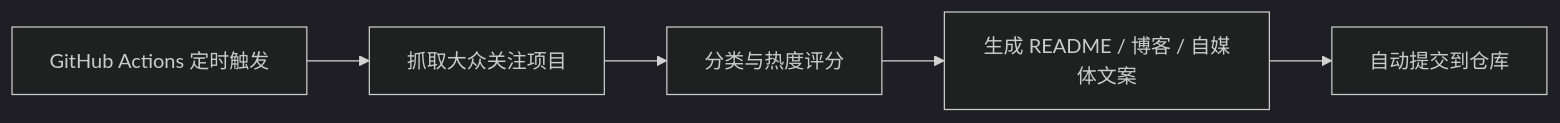
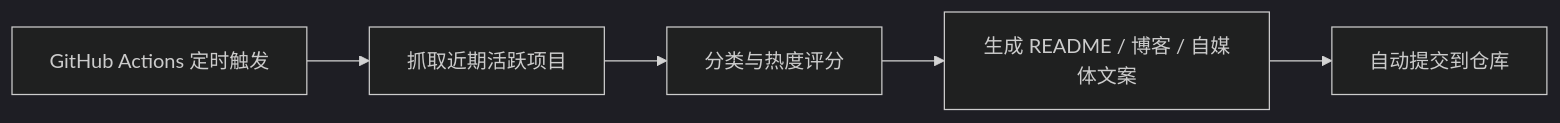
One commit to bailui/bailu-github-daily-rank changed the diagram in README.md. Above: the diagram before and after it, drawn with Mermaid (dark theme). The commit also changed other lines of this file, not shown here.

````diff
--- a/README.md
+++ b/README.md
@@ -88,7 +90,7 @@
 ```mermaid
 flowchart LR
-    A[GitHub Actions 定时触发] --> B[抓取大众关注项目]
+    A[GitHub Actions 定时触发] --> B[抓取近期活跃项目]
     B --> C[分类与热度评分]
     C --> D[生成 README / 博客 / 自媒体文案]
     D --> E[自动提交到仓库]
 ```
````
